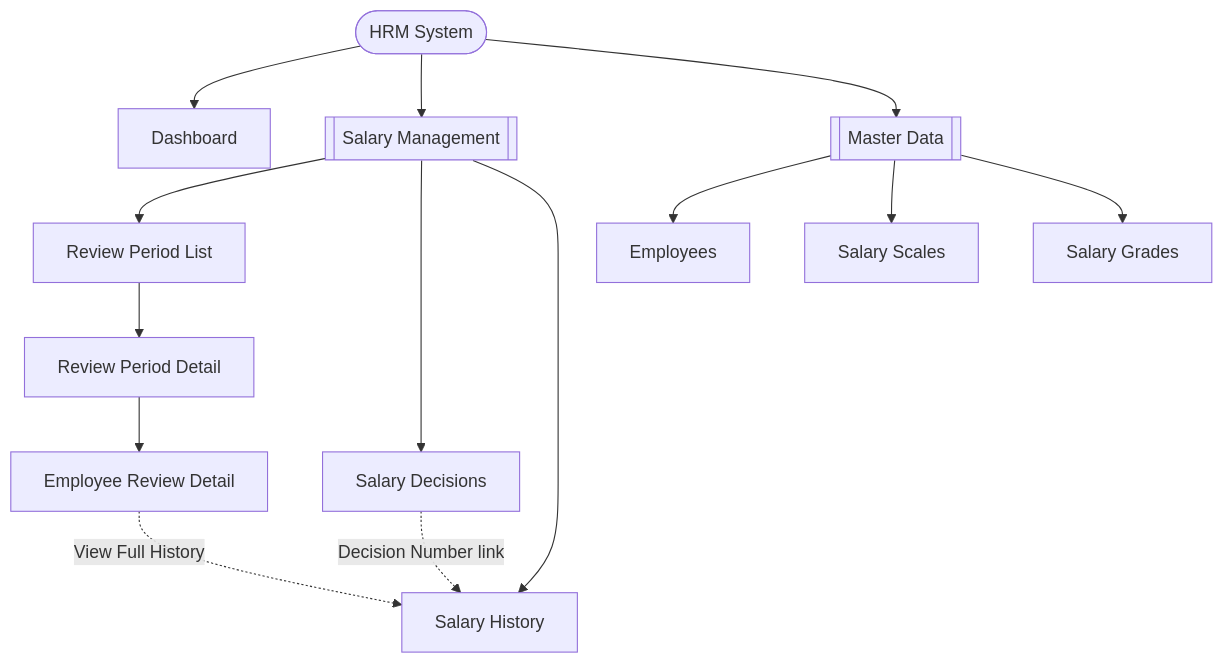
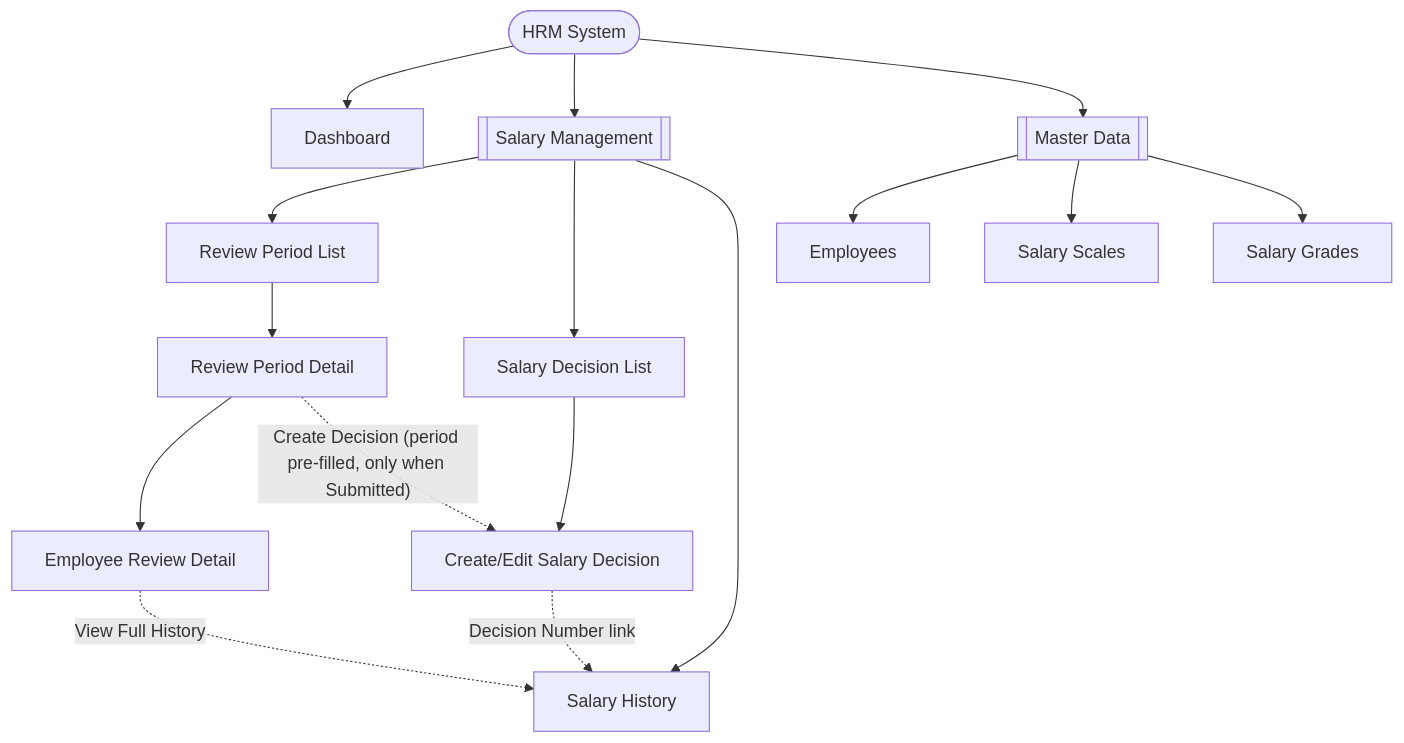
One commit to sang2197/QuanLyNhanSu-NguyenVanSang changed the diagram in Docs/UI-UX/InformationArchitecture_SalaryGradePromotion.md. Above: the diagram before and after it, drawn with Mermaid. The commit also changed other lines of this file and 10 other files, not shown here.

First line of the commit message:
Bổ sung luồng Salary Decision List (US-09) và Screens Hierarchy

````diff
--- a/Docs/UI-UX/InformationArchitecture_SalaryGradePromotion.md
+++ b/Docs/UI-UX/InformationArchitecture_SalaryGradePromotion.md
@@ -7,22 +7,25 @@
 ```mermaid
 flowchart TD
     Root([HRM System])
 
     Root --> Dashboard[Dashboard]
     Root --> SM[[Salary Management]]
     Root --> MD[[Master Data]]
 
     SM --> RPL[Review Period List]
-    SM --> SDEC[Salary Decisions]
+    SM --> SDEC[Salary Decision List]
     SM --> SHIS[Salary History]
 
     RPL --> RPD[Review Period Detail]
     RPD --> ERD[Employee Review Detail]
+
+    SDEC --> SDCE[Create/Edit Salary Decision]
 
     MD --> EMP[Employees]
     MD --> SS[Salary Scales]
     MD --> SG[Salary Grades]
 
     ERD -. View Full History .-> SHIS
-    SDEC -. Decision Number link .-> SHIS
+    SDCE -. Decision Number link .-> SHIS
+    RPD -. "Create Decision (period pre-filled, only when Submitted)" .-> SDCE
 ```
````
